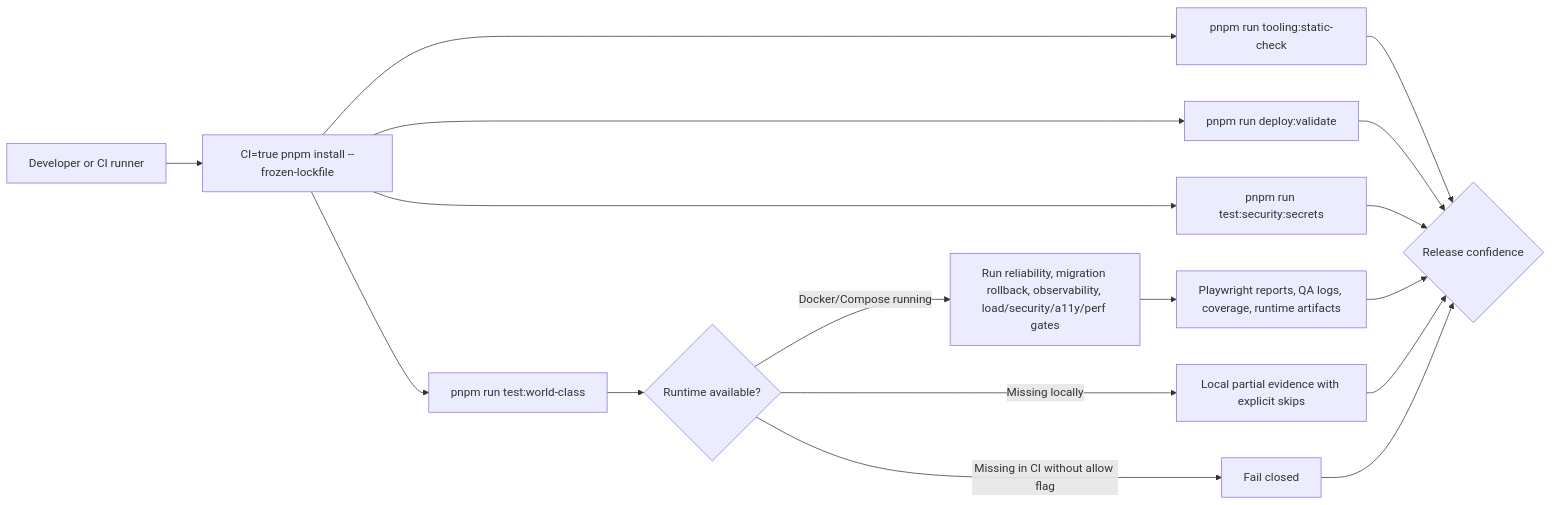
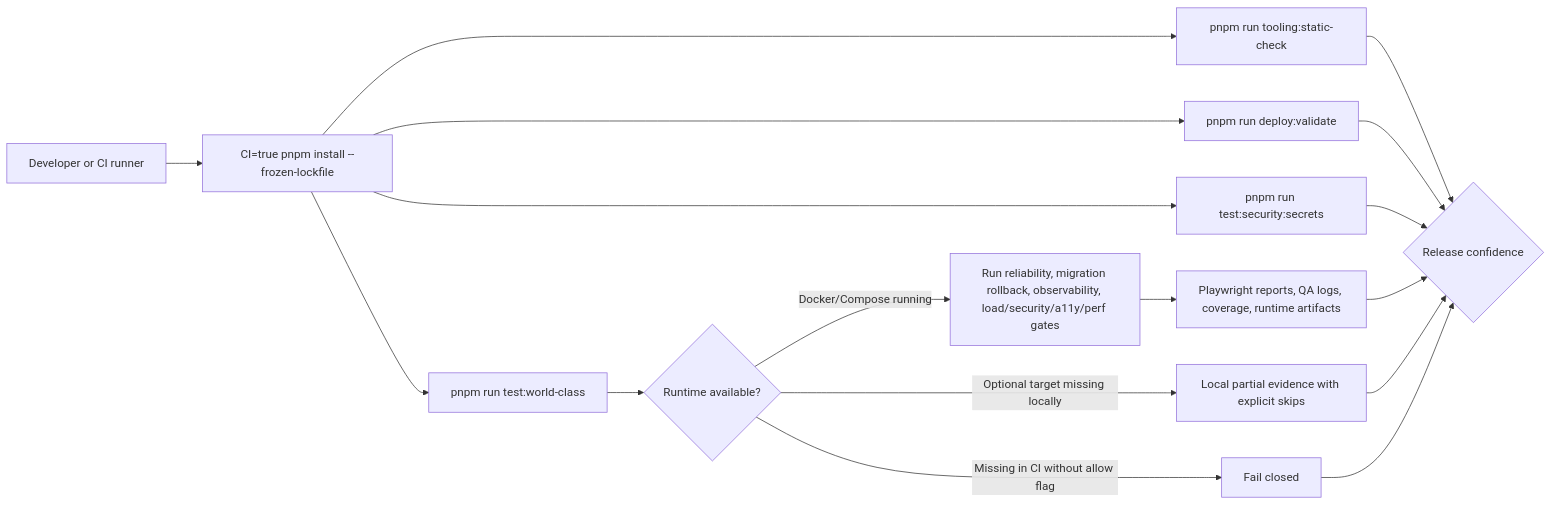
One commit to nmime/dehqonhub changed the diagram in docs/testing/modern-qa.md. Above: the diagram before and after it, drawn with Mermaid. The commit also changed other lines of this file and 726 other files, not shown here.

````diff
--- a/docs/testing/modern-qa.md
+++ b/docs/testing/modern-qa.md
@@ -109,19 +109,19 @@
 ```mermaid
 flowchart LR
   dev[Developer or CI runner] --> install[CI=true pnpm install --frozen-lockfile]
   install --> static[pnpm run tooling:static-check]
   install --> deploy[pnpm run deploy:validate]
   install --> secrets[pnpm run test:security:secrets]
   install --> qa[pnpm run test:world-class]
   qa --> runtime{Runtime available?}
   runtime -- Docker/Compose running --> gates[Run reliability, migration rollback, observability, load/security/a11y/perf gates]
-  runtime -- Missing locally --> partial[Local partial evidence with explicit skips]
+  runtime -- Optional target missing locally --> partial[Local partial evidence with explicit skips]
   runtime -- Missing in CI without allow flag --> fail[Fail closed]
   gates --> artifacts[Playwright reports, QA logs, coverage, runtime artifacts]
   static --> decision{Release confidence}
   deploy --> decision
   secrets --> decision
   artifacts --> decision
   partial --> decision
   fail --> decision
 ```
````
